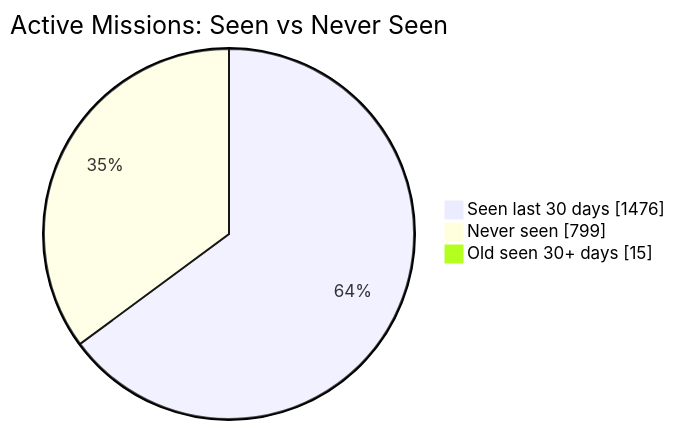
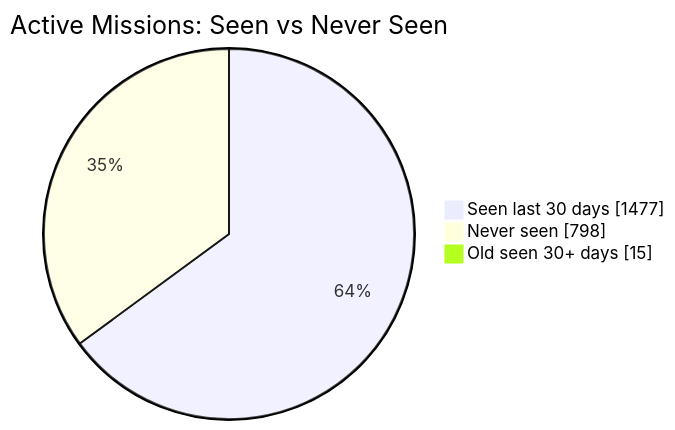
The first of 2 diagrams in README.md (MeldkamerspelGameTeam/active-missions), drawn with Mermaid before and after one commit. The commit also changed other lines of this file and 3 other files, not shown here.

````diff
--- a/README.md
+++ b/README.md
@@ -34,7 +34,7 @@
 ```mermaid
 pie showData
     title Active Missions: Seen vs Never Seen
-    "Seen last 30 days" : 1476
-    "Never seen" : 799
+    "Seen last 30 days" : 1477
+    "Never seen" : 798
     "Old seen 30+ days" : 15
 ```
````
